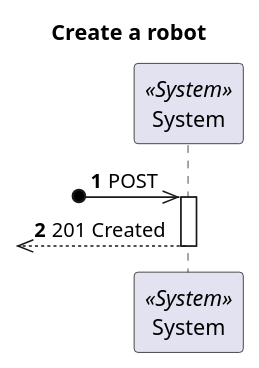
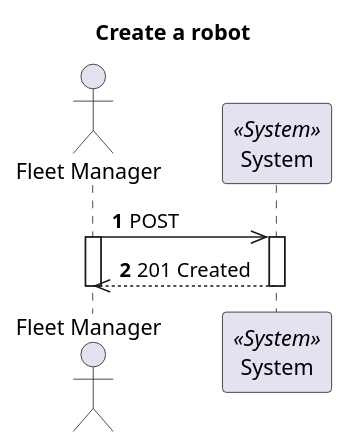
One commit to 1210910/lapr5 changed the diagram in docs/VistaProcesso/US360(1010)/ProcessView_Level1_US360_1010.puml. Above: the diagram before and after it, drawn with PlantUML. The commit also changed 14 other files, not shown here.

Commit message:
Fixed diagrams (actor)

```diff
--- a/docs/VistaProcesso/US360(1010)/ProcessView_Level1_US360_1010.puml
+++ b/docs/VistaProcesso/US360(1010)/ProcessView_Level1_US360_1010.puml
@@ -1,19 +1,22 @@
 @startuml Process View - Level 1 - Create a robot
 'https://plantuml.com/sequence-diagram
 
 autonumber
 skinparam packageStyle rect
 
 title Create a robot
 
+actor "Fleet Manager" as FM
 participant "System" as Sys <<System>>
 
-?o->> Sys : POST
+FM->> Sys : POST
 
+activate FM
 activate Sys
 
-?o<<--Sys : 201 Created
+FM<<--Sys : 201 Created
 
 deactivate Sys
+deactivate FM
 
 @enduml
```
